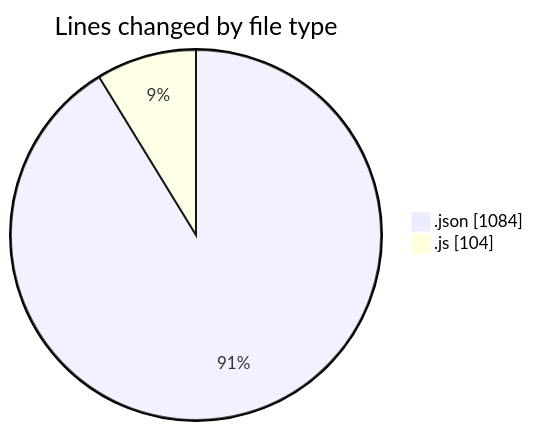
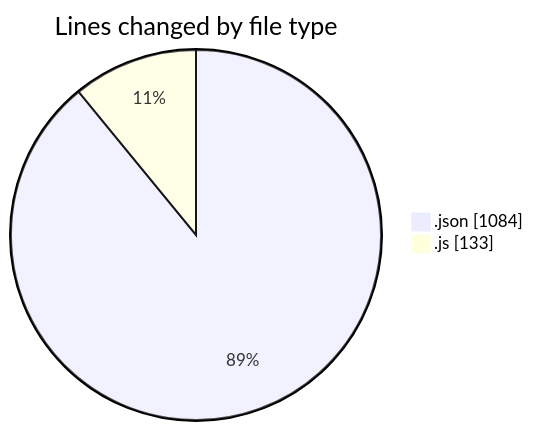
Before and after one commit to lephambinh05/code-tracking: the first of 2 diagrams in 2025-07-10/getmailotp/README.md, drawn with Mermaid. The commit also changed other lines of this file and 1 other file, not shown here.

````diff
--- a/2025-07-10/getmailotp/README.md
+++ b/2025-07-10/getmailotp/README.md
@@ -21,6 +21,6 @@
 ```mermaid
 pie showData
 title Lines changed by file type
 ".json" : 1084
-".js" : 104
+".js" : 133
 ```
````
